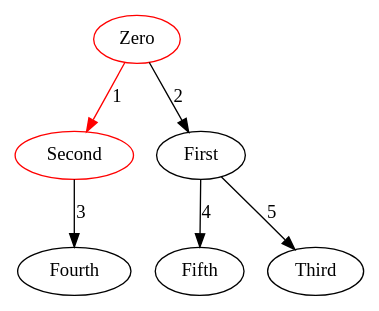
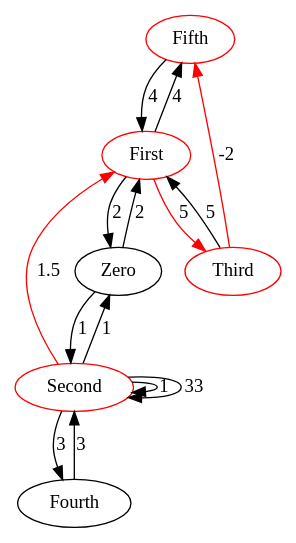
One commit to gainago/FourthLaboratoryGraph changed the diagram in PringBellmanAlgorithm.dot. Above: the diagram before and after it, drawn with Graphviz. The commit also changed 7 other files, not shown here.

```diff
--- a/PringBellmanAlgorithm.dot
+++ b/PringBellmanAlgorithm.dot
@@ -1,13 +1,22 @@
 digraph PringBellmanAlgorithm {
-"Fifth";
+"Fifth"[color=red];
 "Fourth";
 "Second"[color=red];
-"First";
-"Zero"[color=red];
-"Third";
-"Zero" -> "Second"[color=red][label=1];
+"First"[color=red];
+"Zero";
+"Third"[color=red];
+"Zero" -> "Second"[label=1];
+"Second" -> "Zero"[label=1];
 "Second" -> "Fourth"[label=3];
-"First" -> "Third"[label=5];
+"Fourth" -> "Second"[label=3];
+"Second" -> "Second"[label=1];
+"Second" -> "First"[color=red][label=1.5];
+"First" -> "Third"[color=red][label=5];
+"Third" -> "First"[label=5];
 "First" -> "Fifth"[label=4];
+"Fifth" -> "First"[label=4];
+"Second" -> "Second"[label=33];
+"Third" -> "Fifth"[color=red][label=-2];
 "Zero" -> "First"[label=2];
+"First" -> "Zero"[label=2];
 }
```
